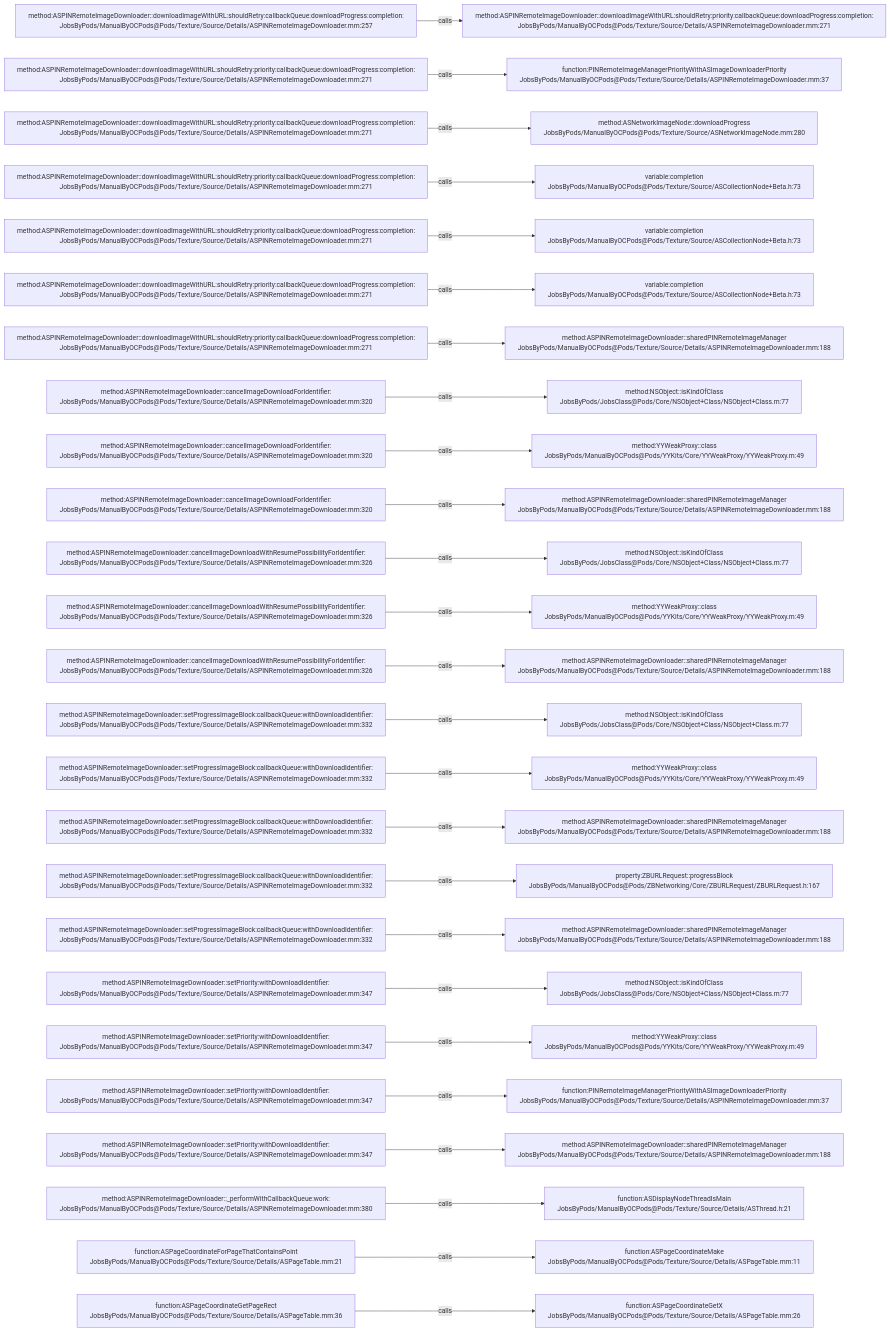
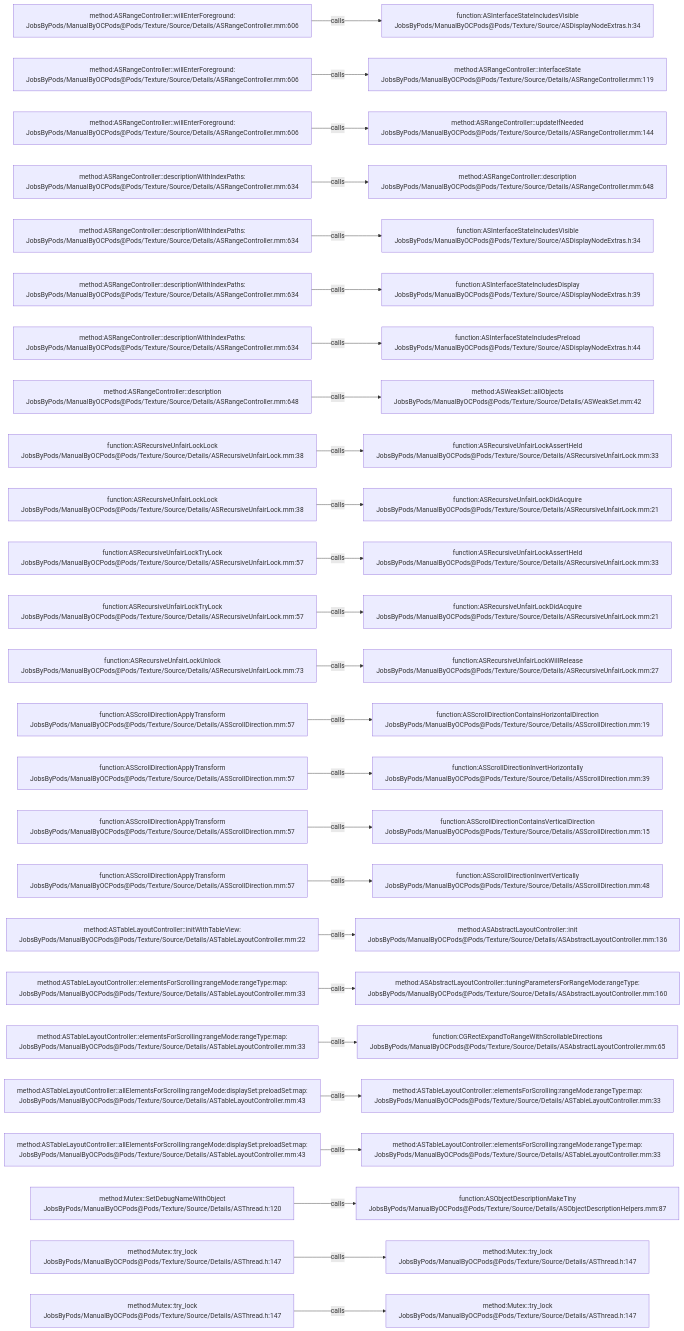
One commit to JobsKits/JobsOCBaseConfigDemo changed the diagram in .codegraph/codegraph.md/graphs/calls-163.md. Above: the diagram before and after it, drawn with Mermaid. The commit also changed 1353 other files, not shown here.

````diff
--- a/.codegraph/codegraph.md/graphs/calls-163.md
+++ b/.codegraph/codegraph.md/graphs/calls-163.md
@@ -13,78 +13,78 @@
 ```mermaid
 flowchart LR
-  S1["method:ASPINRemoteImageDownloader::downloadImageWithURL:shouldRetry:callbackQueue:downloadProgress:completion:<br/>JobsByPods/ManualByOCPods@Pods/Texture/Source/Details/ASPINRemoteImageDownloader.mm:257"]
-  T1["method:ASPINRemoteImageDownloader::downloadImageWithURL:shouldRetry:priority:callbackQueue:downloadProgress:completion:<br/>JobsByPods/ManualByOCPods@Pods/Texture/Source/Details/ASPINRemoteImageDownloader.mm:271"]
+  S1["method:ASRangeController::willEnterForeground:<br/>JobsByPods/ManualByOCPods@Pods/Texture/Source/Details/ASRangeController.mm:606"]
+  T1["function:ASInterfaceStateIncludesVisible<br/>JobsByPods/ManualByOCPods@Pods/Texture/Source/ASDisplayNodeExtras.h:34"]
   S1 -->|calls| T1
-  S2["method:ASPINRemoteImageDownloader::downloadImageWithURL:shouldRetry:priority:callbackQueue:downloadProgress:completion:<br/>JobsByPods/ManualByOCPods@Pods/Texture/Source/Details/ASPINRemoteImageDownloader.mm:271"]
-  T2["function:PINRemoteImageManagerPriorityWithASImageDownloaderPriority<br/>JobsByPods/ManualByOCPods@Pods/Texture/Source/Details/ASPINRemoteImageDownloader.mm:37"]
+  S2["method:ASRangeController::willEnterForeground:<br/>JobsByPods/ManualByOCPods@Pods/Texture/Source/Details/ASRangeController.mm:606"]
+  T2["method:ASRangeController::interfaceState<br/>JobsByPods/ManualByOCPods@Pods/Texture/Source/Details/ASRangeController.mm:119"]
   S2 -->|calls| T2
-  S3["method:ASPINRemoteImageDownloader::downloadImageWithURL:shouldRetry:priority:callbackQueue:downloadProgress:completion:<br/>JobsByPods/ManualByOCPods@Pods/Texture/Source/Details/ASPINRemoteImageDownloader.mm:271"]
-  T3["method:ASNetworkImageNode::downloadProgress<br/>JobsByPods/ManualByOCPods@Pods/Texture/Source/ASNetworkImageNode.mm:280"]
+  S3["method:ASRangeController::willEnterForeground:<br/>JobsByPods/ManualByOCPods@Pods/Texture/Source/Details/ASRangeController.mm:606"]
+  T3["method:ASRangeController::updateIfNeeded<br/>JobsByPods/ManualByOCPods@Pods/Texture/Source/Details/ASRangeController.mm:144"]
   S3 -->|calls| T3
-  S4["method:ASPINRemoteImageDownloader::downloadImageWithURL:shouldRetry:priority:callbackQueue:downloadProgress:completion:<br/>JobsByPods/ManualByOCPods@Pods/Texture/Source/Details/ASPINRemoteImageDownloader.mm:271"]
-  T4["variable:completion<br/>JobsByPods/ManualByOCPods@Pods/Texture/Source/ASCollectionNode+Beta.h:73"]
+  S4["method:ASRangeController::descriptionWithIndexPaths:<br/>JobsByPods/ManualByOCPods@Pods/Texture/Source/Details/ASRangeController.mm:634"]
+  T4["method:ASRangeController::description<br/>JobsByPods/ManualByOCPods@Pods/Texture/Source/Details/ASRangeController.mm:648"]
   S4 -->|calls| T4
-  S5["method:ASPINRemoteImageDownloader::downloadImageWithURL:shouldRetry:priority:callbackQueue:downloadProgress:completion:<br/>JobsByPods/ManualByOCPods@Pods/Texture/Source/Details/ASPINRemoteImageDownloader.mm:271"]
-  T5["variable:completion<br/>JobsByPods/ManualByOCPods@Pods/Texture/Source/ASCollectionNode+Beta.h:73"]
+  S5["method:ASRangeController::descriptionWithIndexPaths:<br/>JobsByPods/ManualByOCPods@Pods/Texture/Source/Details/ASRangeController.mm:634"]
+  T5["function:ASInterfaceStateIncludesVisible<br/>JobsByPods/ManualByOCPods@Pods/Texture/Source/ASDisplayNodeExtras.h:34"]
   S5 -->|calls| T5
-  S6["method:ASPINRemoteImageDownloader::downloadImageWithURL:shouldRetry:priority:callbackQueue:downloadProgress:completion:<br/>JobsByPods/ManualByOCPods@Pods/Texture/Source/Details/ASPINRemoteImageDownloader.mm:271"]
-  T6["variable:completion<br/>JobsByPods/ManualByOCPods@Pods/Texture/Source/ASCollectionNode+Beta.h:73"]
+  S6["method:ASRangeController::descriptionWithIndexPaths:<br/>JobsByPods/ManualByOCPods@Pods/Texture/Source/Details/ASRangeController.mm:634"]
+  T6["function:ASInterfaceStateIncludesDisplay<br/>JobsByPods/ManualByOCPods@Pods/Texture/Source/ASDisplayNodeExtras.h:39"]
   S6 -->|calls| T6
-  S7["method:ASPINRemoteImageDownloader::downloadImageWithURL:shouldRetry:priority:callbackQueue:downloadProgress:completion:<br/>JobsByPods/ManualByOCPods@Pods/Texture/Source/Details/ASPINRemoteImageDownloader.mm:271"]
-  T7["method:ASPINRemoteImageDownloader::sharedPINRemoteImageManager<br/>JobsByPods/ManualByOCPods@Pods/Texture/Source/Details/ASPINRemoteImageDownloader.mm:188"]
+  S7["method:ASRangeController::descriptionWithIndexPaths:<br/>JobsByPods/ManualByOCPods@Pods/Texture/Source/Details/ASRangeController.mm:634"]
+  T7["function:ASInterfaceStateIncludesPreload<br/>JobsByPods/ManualByOCPods@Pods/Texture/Source/ASDisplayNodeExtras.h:44"]
   S7 -->|calls| T7
-  S8["method:ASPINRemoteImageDownloader::cancelImageDownloadForIdentifier:<br/>JobsByPods/ManualByOCPods@Pods/Texture/Source/Details/ASPINRemoteImageDownloader.mm:320"]
-  T8["method:NSObject::isKindOfClass<br/>JobsByPods/JobsClass@Pods/Core/NSObject+Class/NSObject+Class.m:77"]
+  S8["method:ASRangeController::description<br/>JobsByPods/ManualByOCPods@Pods/Texture/Source/Details/ASRangeController.mm:648"]
+  T8["method:ASWeakSet::allObjects<br/>JobsByPods/ManualByOCPods@Pods/Texture/Source/Details/ASWeakSet.mm:42"]
   S8 -->|calls| T8
-  S9["method:ASPINRemoteImageDownloader::cancelImageDownloadForIdentifier:<br/>JobsByPods/ManualByOCPods@Pods/Texture/Source/Details/ASPINRemoteImageDownloader.mm:320"]
-  T9["method:YYWeakProxy::class<br/>JobsByPods/ManualByOCPods@Pods/YYKits/Core/YYWeakProxy/YYWeakProxy.m:49"]
+  S9["function:ASRecursiveUnfairLockLock<br/>JobsByPods/ManualByOCPods@Pods/Texture/Source/Details/ASRecursiveUnfairLock.mm:38"]
+  T9["function:ASRecursiveUnfairLockAssertHeld<br/>JobsByPods/ManualByOCPods@Pods/Texture/Source/Details/ASRecursiveUnfairLock.mm:33"]
   S9 -->|calls| T9
-  S10["method:ASPINRemoteImageDownloader::cancelImageDownloadForIdentifier:<br/>JobsByPods/ManualByOCPods@Pods/Texture/Source/Details/ASPINRemoteImageDownloader.mm:320"]
-  T10["method:ASPINRemoteImageDownloader::sharedPINRemoteImageManager<br/>JobsByPods/ManualByOCPods@Pods/Texture/Source/Details/ASPINRemoteImageDownloader.mm:188"]
+  S10["function:ASRecursiveUnfairLockLock<br/>JobsByPods/ManualByOCPods@Pods/Texture/Source/Details/ASRecursiveUnfairLock.mm:38"]
+  T10["function:ASRecursiveUnfairLockDidAcquire<br/>JobsByPods/ManualByOCPods@Pods/Texture/Source/Details/ASRecursiveUnfairLock.mm:21"]
   S10 -->|calls| T10
-  S11["method:ASPINRemoteImageDownloader::cancelImageDownloadWithResumePossibilityForIdentifier:<br/>JobsByPods/ManualByOCPods@Pods/Texture/Source/Details/ASPINRemoteImageDownloader.mm:326"]
-  T11["method:NSObject::isKindOfClass<br/>JobsByPods/JobsClass@Pods/Core/NSObject+Class/NSObject+Class.m:77"]
+  S11["function:ASRecursiveUnfairLockTryLock<br/>JobsByPods/ManualByOCPods@Pods/Texture/Source/Details/ASRecursiveUnfairLock.mm:57"]
+  T11["function:ASRecursiveUnfairLockAssertHeld<br/>JobsByPods/ManualByOCPods@Pods/Texture/Source/Details/ASRecursiveUnfairLock.mm:33"]
   S11 -->|calls| T11
-  S12["method:ASPINRemoteImageDownloader::cancelImageDownloadWithResumePossibilityForIdentifier:<br/>JobsByPods/ManualByOCPods@Pods/Texture/Source/Details/ASPINRemoteImageDownloader.mm:326"]
-  T12["method:YYWeakProxy::class<br/>JobsByPods/ManualByOCPods@Pods/YYKits/Core/YYWeakProxy/YYWeakProxy.m:49"]
+  S12["function:ASRecursiveUnfairLockTryLock<br/>JobsByPods/ManualByOCPods@Pods/Texture/Source/Details/ASRecursiveUnfairLock.mm:57"]
+  T12["function:ASRecursiveUnfairLockDidAcquire<br/>JobsByPods/ManualByOCPods@Pods/Texture/Source/Details/ASRecursiveUnfairLock.mm:21"]
   S12 -->|calls| T12
-  S13["method:ASPINRemoteImageDownloader::cancelImageDownloadWithResumePossibilityForIdentifier:<br/>JobsByPods/ManualByOCPods@Pods/Texture/Source/Details/ASPINRemoteImageDownloader.mm:326"]
-  T13["method:ASPINRemoteImageDownloader::sharedPINRemoteImageManager<br/>JobsByPods/ManualByOCPods@Pods/Texture/Source/Details/ASPINRemoteImageDownloader.mm:188"]
+  S13["function:ASRecursiveUnfairLockUnlock<br/>JobsByPods/ManualByOCPods@Pods/Texture/Source/Details/ASRecursiveUnfairLock.mm:73"]
+  T13["function:ASRecursiveUnfairLockWillRelease<br/>JobsByPods/ManualByOCPods@Pods/Texture/Source/Details/ASRecursiveUnfairLock.mm:27"]
   S13 -->|calls| T13
-  S14["method:ASPINRemoteImageDownloader::setProgressImageBlock:callbackQueue:withDownloadIdentifier:<br/>JobsByPods/ManualByOCPods@Pods/Texture/Source/Details/ASPINRemoteImageDownloader.mm:332"]
-  T14["method:NSObject::isKindOfClass<br/>JobsByPods/JobsClass@Pods/Core/NSObject+Class/NSObject+Class.m:77"]
+  S14["function:ASScrollDirectionApplyTransform<br/>JobsByPods/ManualByOCPods@Pods/Texture/Source/Details/ASScrollDirection.mm:57"]
+  T14["function:ASScrollDirectionContainsHorizontalDirection<br/>JobsByPods/ManualByOCPods@Pods/Texture/Source/Details/ASScrollDirection.mm:19"]
   S14 -->|calls| T14
-  S15["method:ASPINRemoteImageDownloader::setProgressImageBlock:callbackQueue:withDownloadIdentifier:<br/>JobsByPods/ManualByOCPods@Pods/Texture/Source/Details/ASPINRemoteImageDownloader.mm:332"]
-  T15["method:YYWeakProxy::class<br/>JobsByPods/ManualByOCPods@Pods/YYKits/Core/YYWeakProxy/YYWeakProxy.m:49"]
+  S15["function:ASScrollDirectionApplyTransform<br/>JobsByPods/ManualByOCPods@Pods/Texture/Source/Details/ASScrollDirection.mm:57"]
+  T15["function:ASScrollDirectionInvertHorizontally<br/>JobsByPods/ManualByOCPods@Pods/Texture/Source/Details/ASScrollDirection.mm:39"]
   S15 -->|calls| T15
-  S16["method:ASPINRemoteImageDownloader::setProgressImageBlock:callbackQueue:withDownloadIdentifier:<br/>JobsByPods/ManualByOCPods@Pods/Texture/Source/Details/ASPINRemoteImageDownloader.mm:332"]
-  T16["method:ASPINRemoteImageDownloader::sharedPINRemoteImageManager<br/>JobsByPods/ManualByOCPods@Pods/Texture/Source/Details/ASPINRemoteImageDownloader.mm:188"]
+  S16["function:ASScrollDirectionApplyTransform<br/>JobsByPods/ManualByOCPods@Pods/Texture/Source/Details/ASScrollDirection.mm:57"]
+  T16["function:ASScrollDirectionContainsVerticalDirection<br/>JobsByPods/ManualByOCPods@Pods/Texture/Source/Details/ASScrollDirection.mm:15"]
   S16 -->|calls| T16
-  S17["method:ASPINRemoteImageDownloader::setProgressImageBlock:callbackQueue:withDownloadIdentifier:<br/>JobsByPods/ManualByOCPods@Pods/Texture/Source/Details/ASPINRemoteImageDownloader.mm:332"]
-  T17["property:ZBURLRequest::progressBlock<br/>JobsByPods/ManualByOCPods@Pods/ZBNetworking/Core/ZBURLRequest/ZBURLRequest.h:167"]
+  S17["function:ASScrollDirectionApplyTransform<br/>JobsByPods/ManualByOCPods@Pods/Texture/Source/Details/ASScrollDirection.mm:57"]
+  T17["function:ASScrollDirectionInvertVertically<br/>JobsByPods/ManualByOCPods@Pods/Texture/Source/Details/ASScrollDirection.mm:48"]
   S17 -->|calls| T17
-  S18["method:ASPINRemoteImageDownloader::setProgressImageBlock:callbackQueue:withDownloadIdentifier:<br/>JobsByPods/ManualByOCPods@Pods/Texture/Source/Details/ASPINRemoteImageDownloader.mm:332"]
-  T18["method:ASPINRemoteImageDownloader::sharedPINRemoteImageManager<br/>JobsByPods/ManualByOCPods@Pods/Texture/Source/Details/ASPINRemoteImageDownloader.mm:188"]
+  S18["method:ASTableLayoutController::initWithTableView:<br/>JobsByPods/ManualByOCPods@Pods/Texture/Source/Details/ASTableLayoutController.mm:22"]
+  T18["method:ASAbstractLayoutController::init<br/>JobsByPods/ManualByOCPods@Pods/Texture/Source/Details/ASAbstractLayoutController.mm:136"]
   S18 -->|calls| T18
-  S19["method:ASPINRemoteImageDownloader::setPriority:withDownloadIdentifier:<br/>JobsByPods/ManualByOCPods@Pods/Texture/Source/Details/ASPINRemoteImageDownloader.mm:347"]
-  T19["method:NSObject::isKindOfClass<br/>JobsByPods/JobsClass@Pods/Core/NSObject+Class/NSObject+Class.m:77"]
+  S19["method:ASTableLayoutController::elementsForScrolling:rangeMode:rangeType:map:<br/>JobsByPods/ManualByOCPods@Pods/Texture/Source/Details/ASTableLayoutController.mm:33"]
+  T19["method:ASAbstractLayoutController::tuningParametersForRangeMode:rangeType:<br/>JobsByPods/ManualByOCPods@Pods/Texture/Source/Details/ASAbstractLayoutController.mm:160"]
   S19 -->|calls| T19
-  S20["method:ASPINRemoteImageDownloader::setPriority:withDownloadIdentifier:<br/>JobsByPods/ManualByOCPods@Pods/Texture/Source/Details/ASPINRemoteImageDownloader.mm:347"]
-  T20["method:YYWeakProxy::class<br/>JobsByPods/ManualByOCPods@Pods/YYKits/Core/YYWeakProxy/YYWeakProxy.m:49"]
+  S20["method:ASTableLayoutController::elementsForScrolling:rangeMode:rangeType:map:<br/>JobsByPods/ManualByOCPods@Pods/Texture/Source/Details/ASTableLayoutController.mm:33"]
+  T20["function:CGRectExpandToRangeWithScrollableDirections<br/>JobsByPods/ManualByOCPods@Pods/Texture/Source/Details/ASAbstractLayoutController.mm:65"]
   S20 -->|calls| T20
-  S21["method:ASPINRemoteImageDownloader::setPriority:withDownloadIdentifier:<br/>JobsByPods/ManualByOCPods@Pods/Texture/Source/Details/ASPINRemoteImageDownloader.mm:347"]
-  T21["function:PINRemoteImageManagerPriorityWithASImageDownloaderPriority<br/>JobsByPods/ManualByOCPods@Pods/Texture/Source/Details/ASPINRemoteImageDownloader.mm:37"]
+  S21["method:ASTableLayoutController::allElementsForScrolling:rangeMode:displaySet:preloadSet:map:<br/>JobsByPods/ManualByOCPods@Pods/Texture/Source/Details/ASTableLayoutController.mm:43"]
+  T21["method:ASTableLayoutController::elementsForScrolling:rangeMode:rangeType:map:<br/>JobsByPods/ManualByOCPods@Pods/Texture/Source/Details/ASTableLayoutController.mm:33"]
   S21 -->|calls| T21
-  S22["method:ASPINRemoteImageDownloader::setPriority:withDownloadIdentifier:<br/>JobsByPods/ManualByOCPods@Pods/Texture/Source/Details/ASPINRemoteImageDownloader.mm:347"]
-  T22["method:ASPINRemoteImageDownloader::sharedPINRemoteImageManager<br/>JobsByPods/ManualByOCPods@Pods/Texture/Source/Details/ASPINRemoteImageDownloader.mm:188"]
+  S22["method:ASTableLayoutController::allElementsForScrolling:rangeMode:displaySet:preloadSet:map:<br/>JobsByPods/ManualByOCPods@Pods/Texture/Source/Details/ASTableLayoutController.mm:43"]
+  T22["method:ASTableLayoutController::elementsForScrolling:rangeMode:rangeType:map:<br/>JobsByPods/ManualByOCPods@Pods/Texture/Source/Details/ASTableLayoutController.mm:33"]
   S22 -->|calls| T22
-  S23["method:ASPINRemoteImageDownloader::_performWithCallbackQueue:work:<br/>JobsByPods/ManualByOCPods@Pods/Texture/Source/Details/ASPINRemoteImageDownloader.mm:380"]
-  T23["function:ASDisplayNodeThreadIsMain<br/>JobsByPods/ManualByOCPods@Pods/Texture/Source/Details/ASThread.h:21"]
+  S23["method:Mutex::SetDebugNameWithObject<br/>JobsByPods/ManualByOCPods@Pods/Texture/Source/Details/ASThread.h:120"]
+  T23["function:ASObjectDescriptionMakeTiny<br/>JobsByPods/ManualByOCPods@Pods/Texture/Source/Details/ASObjectDescriptionHelpers.mm:87"]
   S23 -->|calls| T23
-  S24["function:ASPageCoordinateForPageThatContainsPoint<br/>JobsByPods/ManualByOCPods@Pods/Texture/Source/Details/ASPageTable.mm:21"]
-  T24["function:ASPageCoordinateMake<br/>JobsByPods/ManualByOCPods@Pods/Texture/Source/Details/ASPageTable.mm:11"]
+  S24["method:Mutex::try_lock<br/>JobsByPods/ManualByOCPods@Pods/Texture/Source/Details/ASThread.h:147"]
+  T24["method:Mutex::try_lock<br/>JobsByPods/ManualByOCPods@Pods/Texture/Source/Details/ASThread.h:147"]
   S24 -->|calls| T24
-  S25["function:ASPageCoordinateGetPageRect<br/>JobsByPods/ManualByOCPods@Pods/Texture/Source/Details/ASPageTable.mm:36"]
-  T25["function:ASPageCoordinateGetX<br/>JobsByPods/ManualByOCPods@Pods/Texture/Source/Details/ASPageTable.mm:26"]
+  S25["method:Mutex::try_lock<br/>JobsByPods/ManualByOCPods@Pods/Texture/Source/Details/ASThread.h:147"]
+  T25["method:Mutex::try_lock<br/>JobsByPods/ManualByOCPods@Pods/Texture/Source/Details/ASThread.h:147"]
   S25 -->|calls| T25
 ```
````
